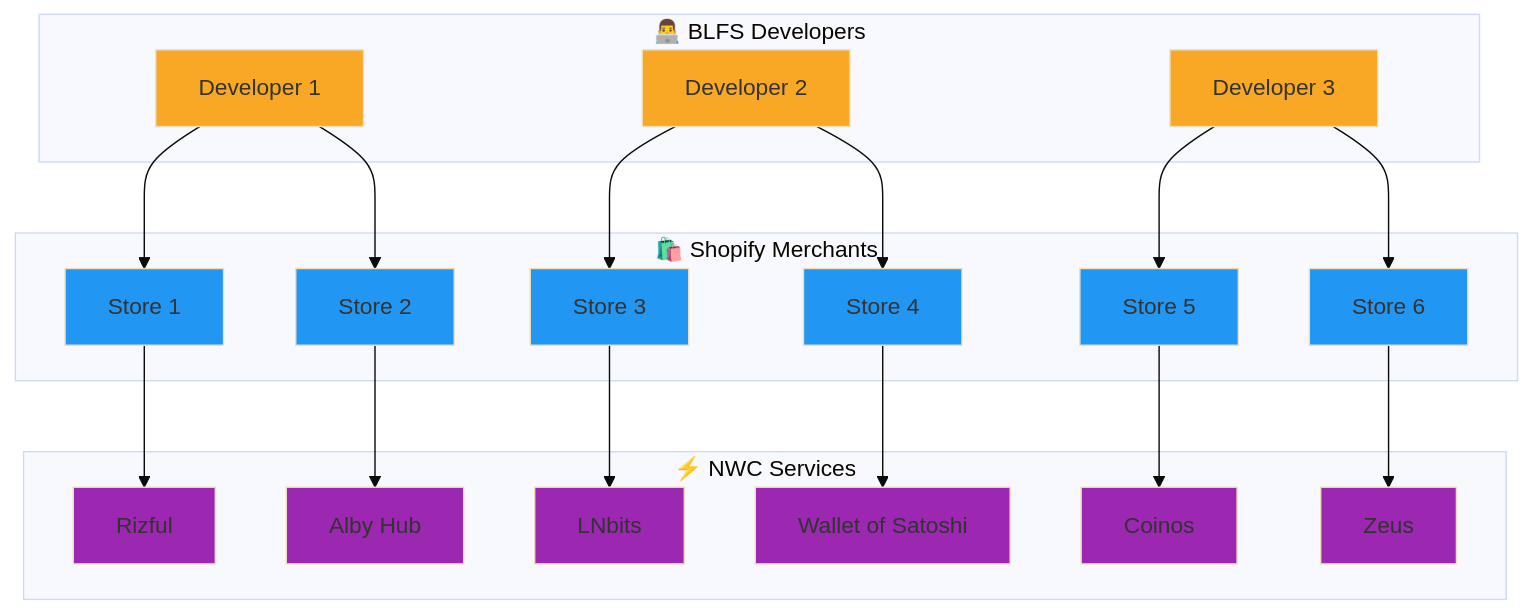
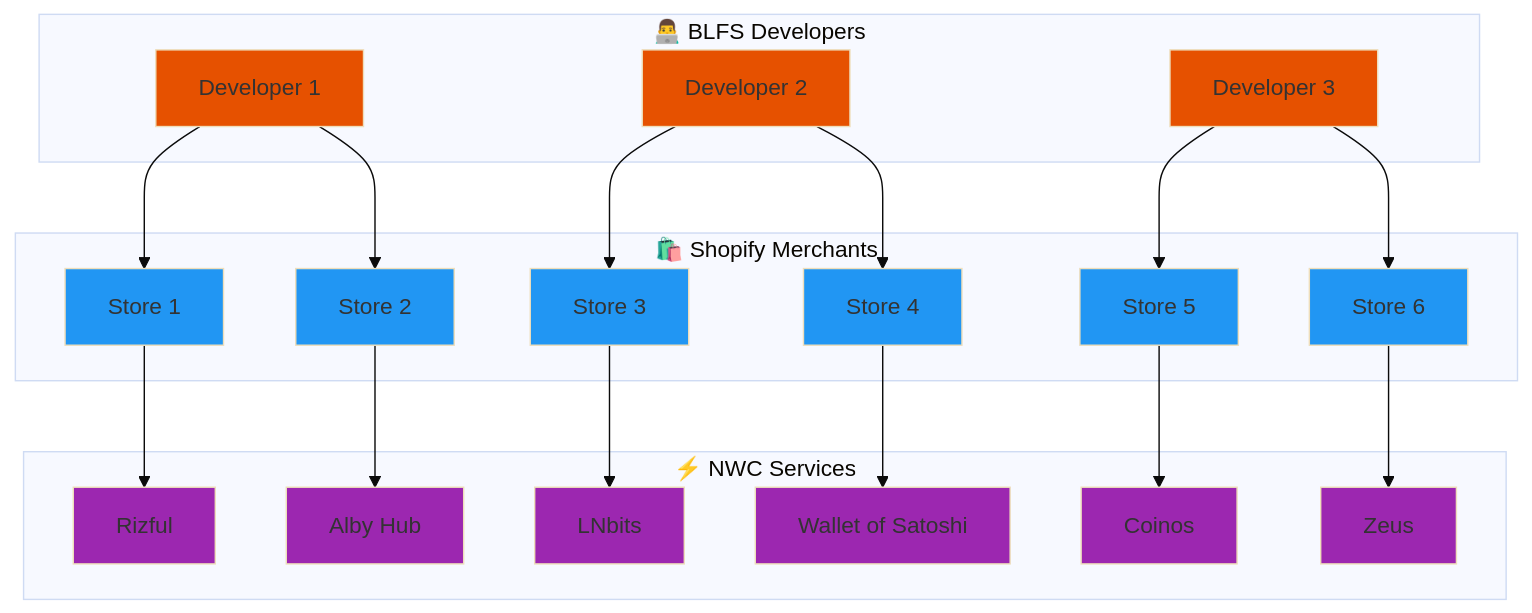
Before and after one commit to MegalithicBTC/BLFS: the third of 3 diagrams in readme.md, drawn with Mermaid (base theme). The commit also changed other lines of this file, not shown here.

Commit message:
commit before branch push

````diff
--- a/readme.md
+++ b/readme.md
@@ -67,56 +67,56 @@
 ```mermaid
 graph TB
   subgraph Devs["👨‍💻 BLFS Developers"]
     D1["Developer 1"]
     D2["Developer 2"]
     D3["Developer 3"]
   end
 
   subgraph Merchants["🛍️ Shopify Merchants"]
     M1["Store 1"]
     M2["Store 2"]
     M3["Store 3"]
     M4["Store 4"]
     M5["Store 5"]
     M6["Store 6"]
   end
 
   subgraph NWC["⚡ NWC Services"]
     N1["Rizful"]
     N2["Alby Hub"]
     N3["LNbits"]
     N4["Coinos"]
     N5["Wallet of Satoshi"]
     N6["Zeus"]
   end
 
   D1 --> M1
   D1 --> M2
   D2 --> M3
   D2 --> M4
   D3 --> M5
   D3 --> M6
 
   M1 --> N1
   M2 --> N2
   M3 --> N3
   M4 --> N5
   M5 --> N4
   M6 --> N6
   
-  style D1 fill:#f9a825
-  style D2 fill:#f9a825
-  style D3 fill:#f9a825
+  style D1 fill:#e65100
+  style D2 fill:#e65100
+  style D3 fill:#e65100
   style M1 fill:#2196f3
   style M2 fill:#2196f3
   style M3 fill:#2196f3
   style M4 fill:#2196f3
   style M5 fill:#2196f3
   style M6 fill:#2196f3
   style N1 fill:#9c27b0
   style N2 fill:#9c27b0
   style N3 fill:#9c27b0
   style N4 fill:#9c27b0
   style N5 fill:#9c27b0
   style N6 fill:#9c27b0
 ```
````
